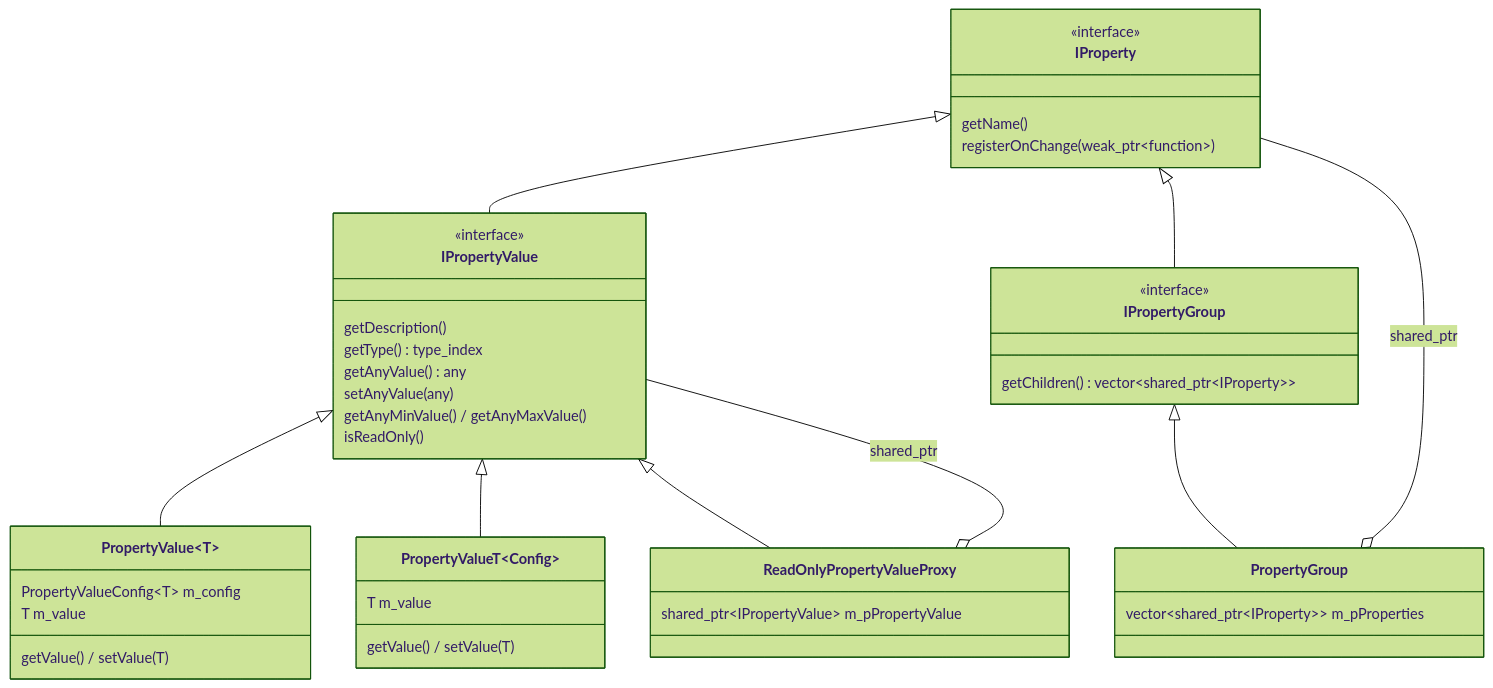
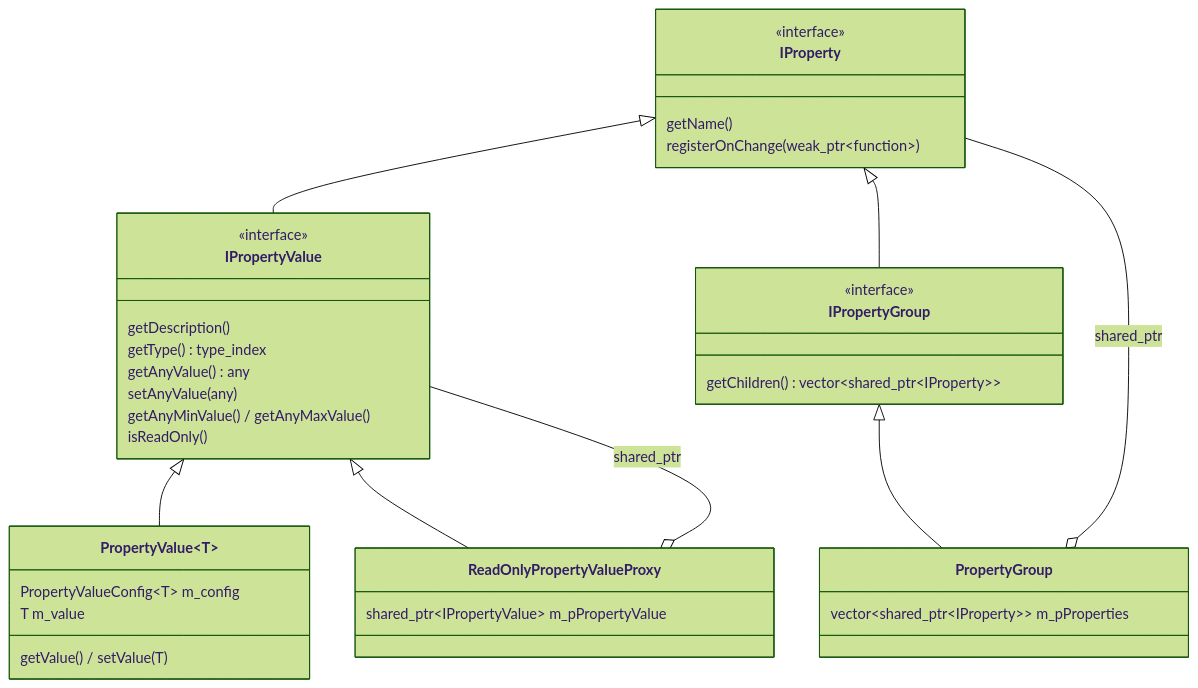
Before and after one commit to lmt-dev-inc/icymoon: the diagram in docs/architecture/properties.md, drawn with Mermaid (forest theme). The commit also changed other lines of this file and 5 other files, not shown here.

Commit message:
#100: Removed PropertyValueT

````diff
--- a/docs/architecture/properties.md
+++ b/docs/architecture/properties.md
@@ -37,45 +35,40 @@
 ```mermaid
 classDiagram
     direction TB
     class IProperty {
         <<interface>>
         getName()
         registerOnChange(weak_ptr~function~)
     }
     class IPropertyValue {
         <<interface>>
         getDescription()
         getType() type_index
         getAnyValue() any
         setAnyValue(any)
         getAnyMinValue() / getAnyMaxValue()
         isReadOnly()
     }
     class IPropertyGroup {
         <<interface>>
         getChildren() vector~shared_ptr~IProperty~~
     }
     class PropertyValue~T~ {
         PropertyValueConfig~T~ m_config
         T m_value
         getValue() / setValue(T)
     }
-    class PropertyValueT~Config~ {
-        T m_value
-        getValue() / setValue(T)
-    }
     class ReadOnlyPropertyValueProxy {
         shared_ptr~IPropertyValue~ m_pPropertyValue
     }
     class PropertyGroup {
         vector~shared_ptr~IProperty~~ m_pProperties
     }
     IProperty <|-- IPropertyValue
     IProperty <|-- IPropertyGroup
     IPropertyValue <|-- PropertyValue~T~
-    IPropertyValue <|-- PropertyValueT~Config~
     IPropertyValue <|-- ReadOnlyPropertyValueProxy
     IPropertyGroup <|-- PropertyGroup
     ReadOnlyPropertyValueProxy o-- IPropertyValue : shared_ptr
     PropertyGroup o-- IProperty : shared_ptr
 ```
````
